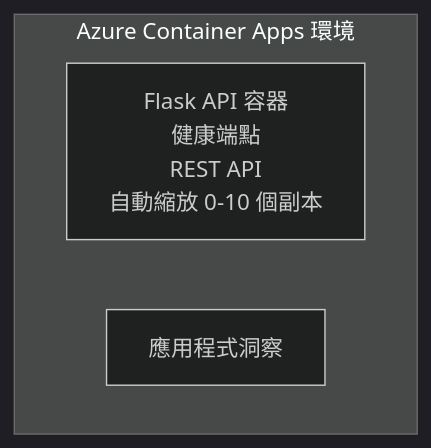
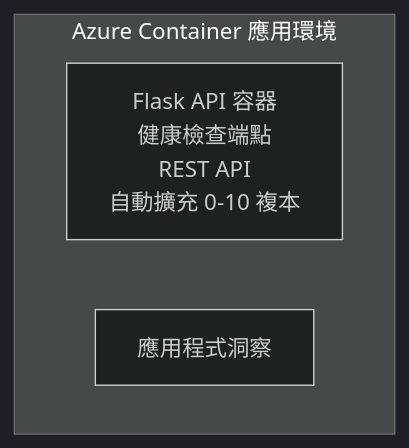
Before and after one commit to microsoft/AZD-for-beginners: the diagram in translations/zh-HK/examples/container-app/simple-flask-api/README.md, drawn with Mermaid (dark theme). The commit also changed other lines of this file and 104 other files, not shown here.

````diff
--- a/translations/zh-HK/examples/container-app/simple-flask-api/README.md
+++ b/translations/zh-HK/examples/container-app/simple-flask-api/README.md
@@ -26,7 +26,7 @@
 ```mermaid
 graph TD
-    subgraph ACA[Azure Container Apps 環境]
-        Flask[Flask API 容器<br/>健康端點<br/>REST API<br/>自動縮放 0-10 個副本]
+    subgraph ACA[Azure Container 應用環境]
+        Flask[Flask API 容器<br/>健康檢查端點<br/>REST API<br/>自動擴充 0-10 複本]
         AppInsights[應用程式洞察]
     end
 ```
````
